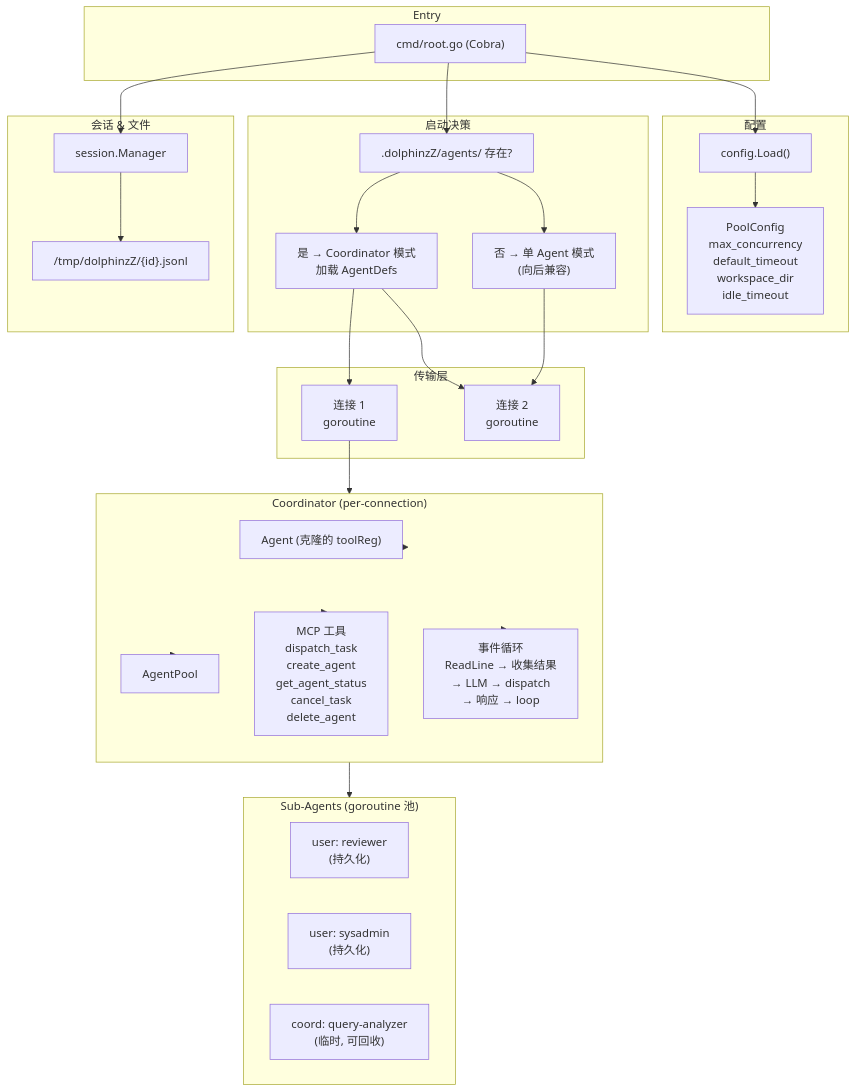
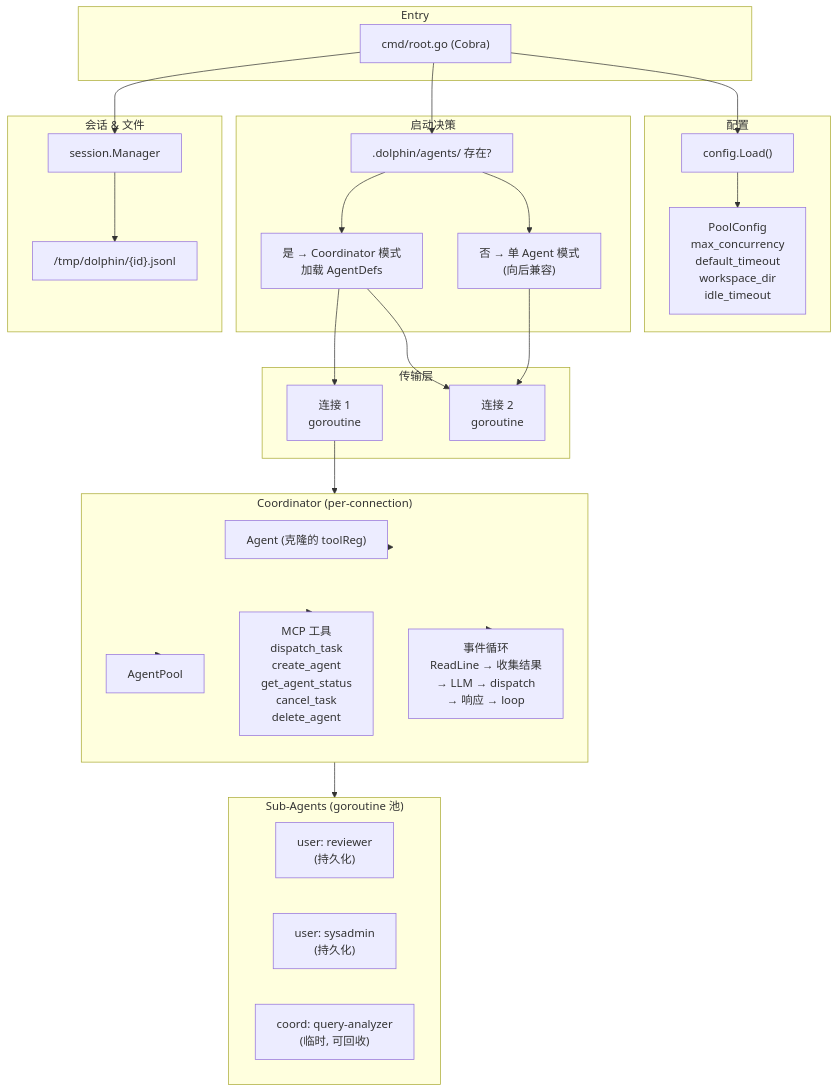
Before and after one commit to dolphinZzv/dolphin-ai: the second of 9 diagrams in design/DESIGN.md, drawn with Mermaid. The commit also changed other lines of this file and 79 other files, not shown here.

First line of the commit message:
refactor: rename project from dolphinzZ to dolphin

````diff
--- a/design/DESIGN.md
+++ b/design/DESIGN.md
@@ -84,58 +84,58 @@
 ```mermaid
 flowchart TB
     subgraph Entry
         cmd2["cmd/root.go (Cobra)"]
     end
 
     subgraph Config2["配置"]
         cfg2["config.Load()"]
         poolCfg["PoolConfig<br/>max_concurrency<br/>default_timeout<br/>workspace_dir<br/>idle_timeout"]
     end
 
     subgraph Startup["启动决策"]
-        agentsDir[".dolphinzZ/agents/ 存在?"]
+        agentsDir[".dolphin/agents/ 存在?"]
         yes["是 → Coordinator 模式<br/>加载 AgentDefs"]
         no["否 → 单 Agent 模式<br/>(向后兼容)"]
     end
 
     subgraph Transport2["传输层"]
         conn1["连接 1<br/>goroutine"]
         conn2["连接 2<br/>goroutine"]
     end
 
     subgraph Coordinator["Coordinator (per-connection)"]
         direction TB
         coordAgent["Agent (克隆的 toolReg)"]
         coordPool["AgentPool"]
         coordTools["MCP 工具<br/>dispatch_task<br/>create_agent<br/>get_agent_status<br/>cancel_task<br/>delete_agent"]
         coordLoop["事件循环<br/>ReadLine → 收集结果<br/>→ LLM → dispatch<br/>→ 响应 → loop"]
     end
 
     subgraph SubAgents["Sub-Agents (goroutine 池)"]
         userAgent1["user: reviewer<br/>(持久化)"]
         userAgent2["user: sysadmin<br/>(持久化)"]
         tempAgent["coord: query-analyzer<br/>(临时, 可回收)"]
     end
 
     subgraph Session2["会话 & 文件"]
         sessMgr2["session.Manager"]
-        sessFile["/tmp/dolphinzZ/{id}.jsonl"]
+        sessFile["/tmp/dolphin/{id}.jsonl"]
     end
 
     cmd2 --> cfg2
     cmd2 --> agentsDir
     agentsDir --> yes
     agentsDir --> no
     cfg2 --> poolCfg
     yes --> conn1
     yes --> conn2
     no --> conn2
     conn1 --> Coordinator
     Coordinator --> coordAgent
     Coordinator --> coordPool
     Coordinator --> coordTools
     Coordinator --> coordLoop
     coordPool --> SubAgents
     cmd2 --> sessMgr2
     sessMgr2 --> sessFile
 ```
````
